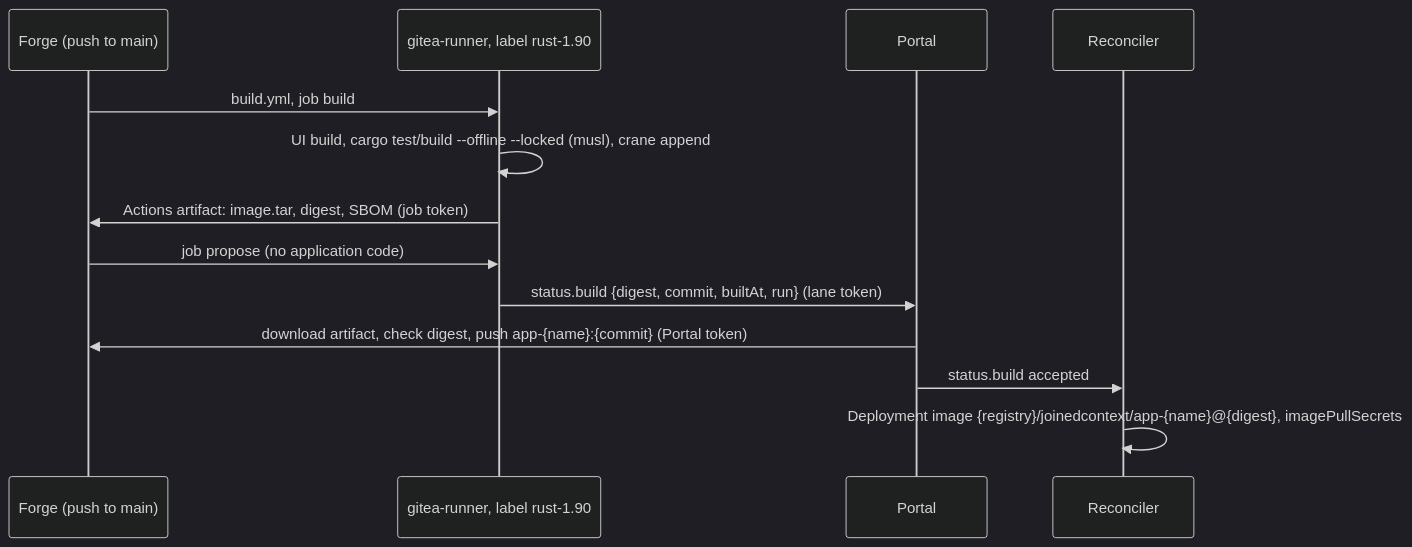
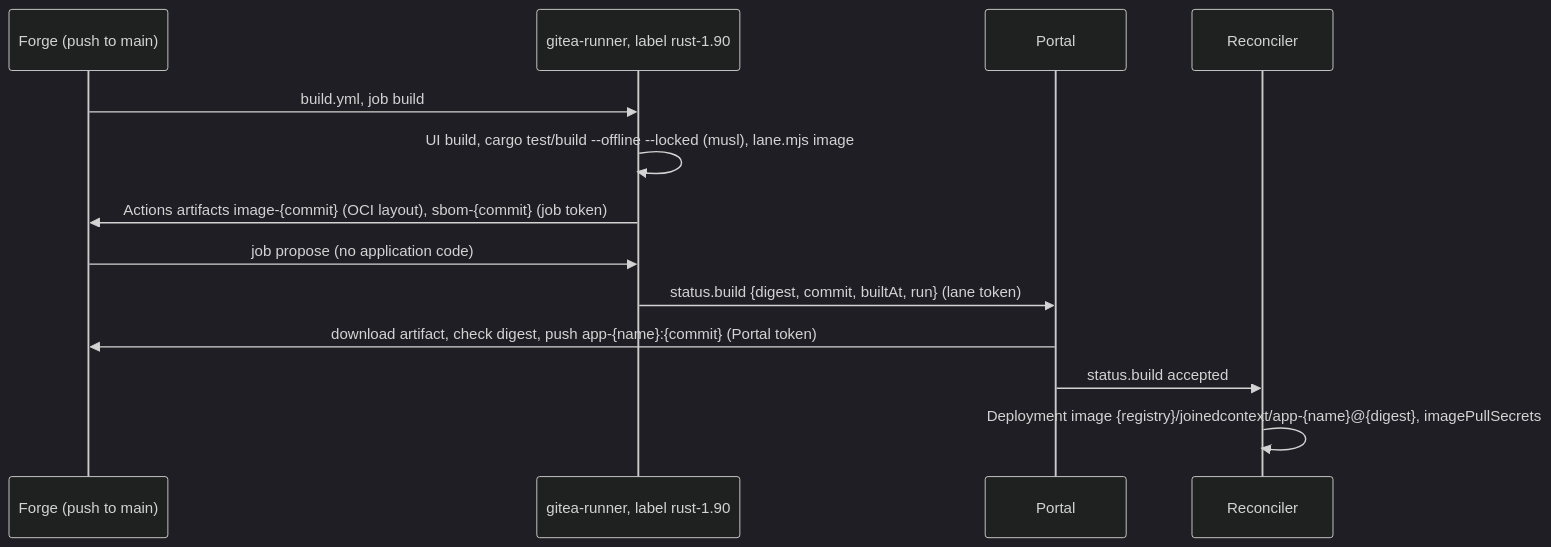
One commit to marek-mraz-jc/joinedcontext-docs changed the third of 3 diagrams in Architecture/16-apps-on-demand.md. Above: the diagram before and after it, drawn with Mermaid (dark theme). The commit also changed other lines of this file and 2 other files, not shown here.

First line of the commit message:
T-2616: Fullstack image as an OCI layout the lane script writes; /v2 route to a prefixed forge (AP-105, AP-106, AP-107)

````diff
--- a/Architecture/16-apps-on-demand.md
+++ b/Architecture/16-apps-on-demand.md
@@ -431,15 +431,15 @@
 ```mermaid
 sequenceDiagram
     participant F as Forge (push to main)
     participant R as gitea-runner, label rust-1.90
     participant P as Portal
     participant K as Reconciler
     F->>R: build.yml, job build
-    R->>R: UI build, cargo test/build --offline --locked (musl), crane append
-    R->>F: Actions artifact: image.tar, digest, SBOM (job token)
+    R->>R: UI build, cargo test/build --offline --locked (musl), lane.mjs image
+    R->>F: Actions artifacts image-{commit} (OCI layout), sbom-{commit} (job token)
     F->>R: job propose (no application code)
     R->>P: status.build {digest, commit, builtAt, run} (lane token)
     P->>F: download artifact, check digest, push app-{name}:{commit} (Portal token)
     P->>K: status.build accepted
     K->>K: Deployment image {registry}/joinedcontext/app-{name}@{digest}, imagePullSecrets
 ```
````
